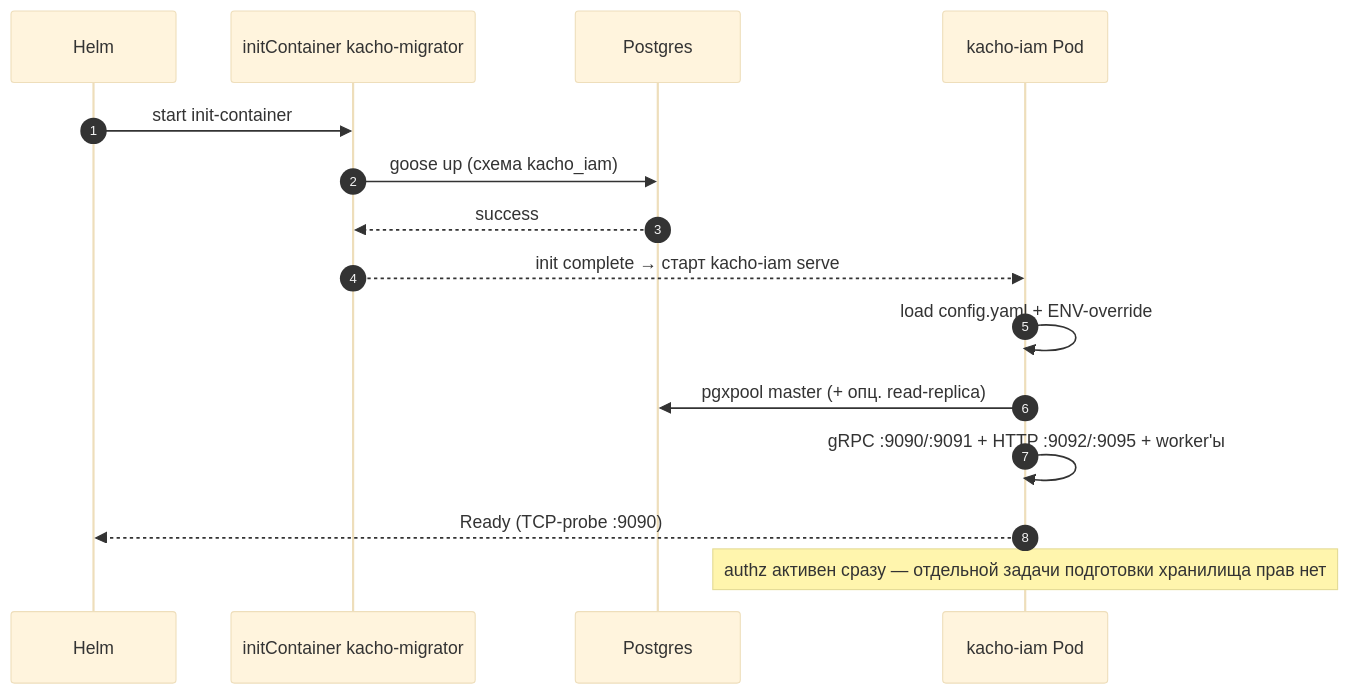
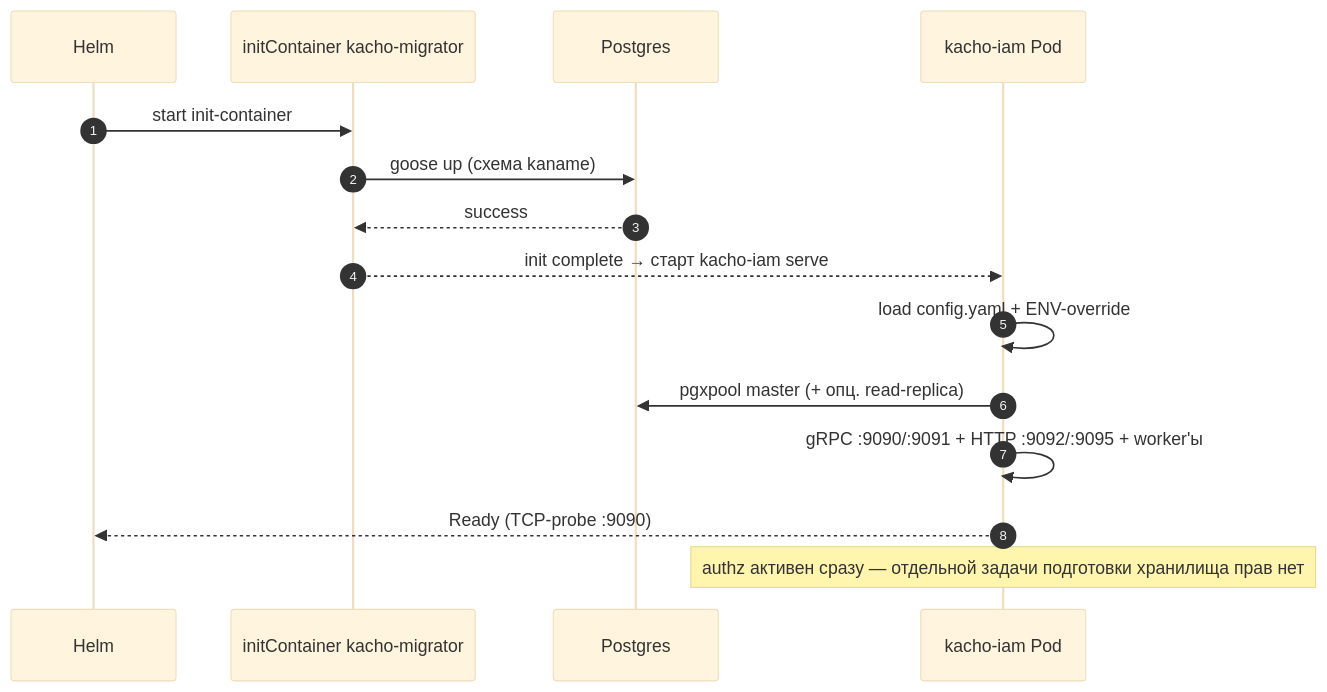
The second of 2 diagrams in services/iam/docs/engineering/components/31-deployment.md (PRO-Robotech/kacho), drawn with Mermaid (base theme) before and after one commit. The commit also changed other lines of this file and 700 other files, not shown here.

First line of the commit message:
refactor(iam): схема Postgres названа именем своего продукта

````diff
--- a/services/iam/docs/engineering/components/31-deployment.md
+++ b/services/iam/docs/engineering/components/31-deployment.md
@@ -498,18 +498,18 @@
 ```mermaid
 sequenceDiagram
     autonumber
     participant Helm
     participant Init as initContainer kacho-migrator
     participant PG as Postgres
     participant Pod as kacho-iam Pod
 
     Helm->>Init: start init-container
-    Init->>PG: goose up (схема kacho_iam)
+    Init->>PG: goose up (схема kaname)
     PG-->>Init: success
     Init-->>Pod: init complete → старт kacho-iam serve
     Pod->>Pod: load config.yaml + ENV-override
     Pod->>PG: pgxpool master (+ опц. read-replica)
     Pod->>Pod: gRPC :9090/:9091 + HTTP :9092/:9095 + worker'ы
     Pod-->>Helm: Ready (TCP-probe :9090)
     Note over Pod: authz активен сразу — отдельной задачи подготовки хранилища прав нет
 ```
````
